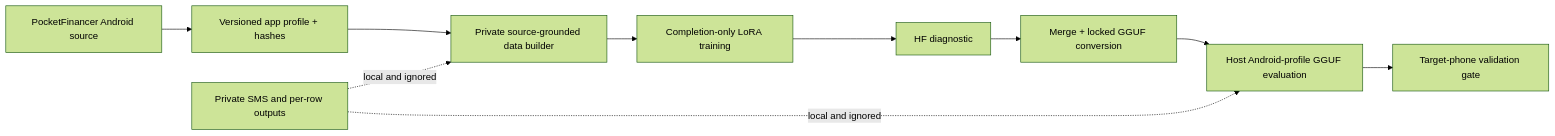
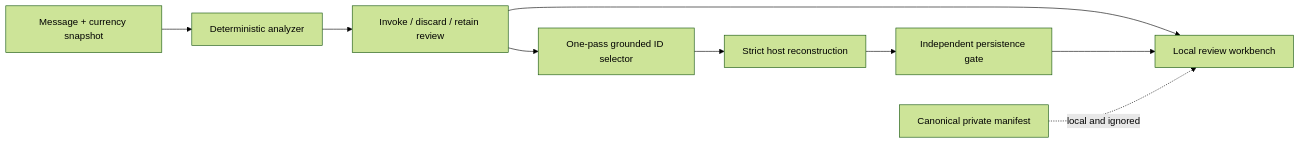
The diagram in README.md (ManishAradwad/pF_slm_selection), drawn with Mermaid (forest theme) before and after one commit. The commit also changed other lines of this file and 32 other files, not shown here.

Commit message:
docs: make SMS architecture authoritative

````diff
--- a/README.md
+++ b/README.md
@@ -103,13 +120,11 @@
 ```mermaid
 flowchart LR
-    A["PocketFinancer Android source"] --> B["Versioned app profile + hashes"]
-    B --> C["Private source-grounded data builder"]
-    C --> D["Completion-only LoRA training"]
-    D --> E["HF diagnostic"]
-    E --> F["Merge + locked GGUF conversion"]
-    F --> G["Host Android-profile GGUF evaluation"]
-    G --> H["Target-phone validation gate"]
-
-    I["Private SMS and per-row outputs"] -. "local and ignored" .-> C
-    I -. "local and ignored" .-> G
+    A["Message + currency snapshot"] --> B["Deterministic analyzer"]
+    B --> C["Invoke / discard / retain review"]
+    C --> D["One-pass grounded ID selector"]
+    D --> E["Strict host reconstruction"]
+    E --> F["Independent persistence gate"]
+    C --> G["Local review workbench"]
+    F --> G
+    H["Canonical private manifest"] -. "local and ignored" .-> G
 ```
````
